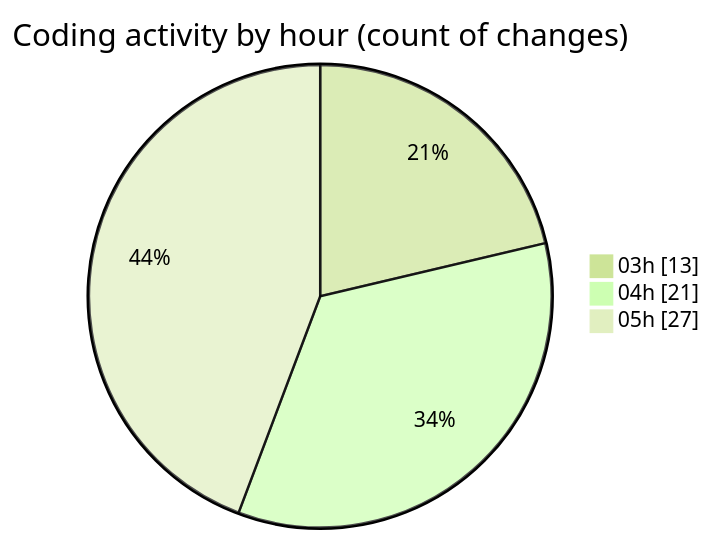
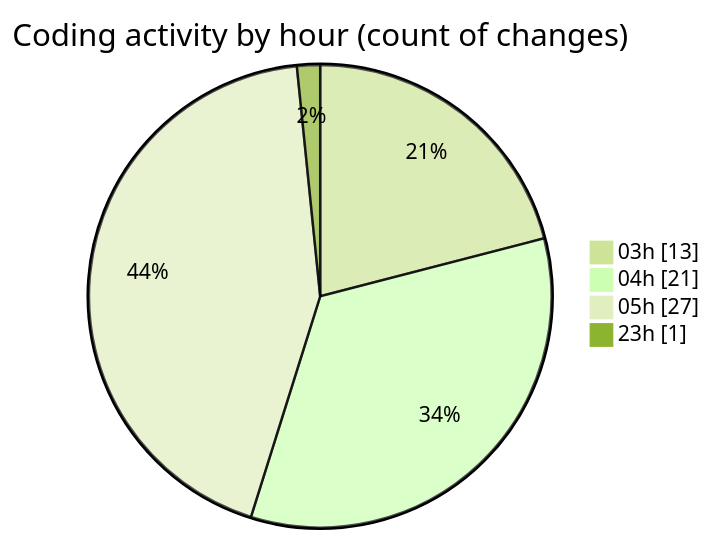
One commit to shibass792/code-tracking changed the second of 2 diagrams in 2026-07-15/shibass-ai/README.md. Above: the diagram before and after it, drawn with Mermaid (forest theme). The commit also changed other lines of this file and 1 other file, not shown here.

````diff
--- a/2026-07-15/shibass-ai/README.md
+++ b/2026-07-15/shibass-ai/README.md
@@ -42,7 +44,8 @@
 ```mermaid
 pie showData
 title Coding activity by hour (count of changes)
 "03h" : 13
 "04h" : 21
 "05h" : 27
+"23h" : 1
 ```
````
